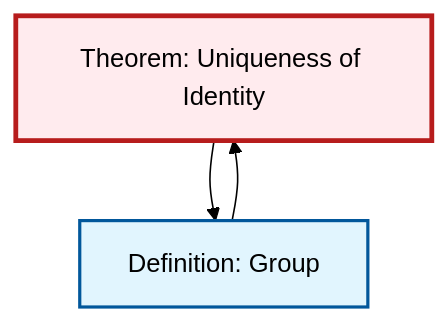
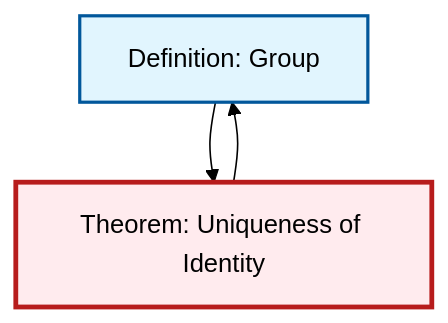
Before and after one commit to RK0429/ModernMath: the diagram in content/ja/algebra/thm-unique-identity.qmd, drawn with Mermaid (forest theme). The commit also changed other lines of this file and 554 other files, not shown here.

````diff
--- a/content/ja/algebra/thm-unique-identity.qmd
+++ b/content/ja/algebra/thm-unique-identity.qmd
@@ -55,15 +55,15 @@
 ```{mermaid}
 %%| fig-cap: "Local dependency graph"
 graph TD
     classDef definition fill:#e1f5fe,stroke:#01579b,stroke-width:2px
     classDef theorem fill:#f3e5f5,stroke:#4a148c,stroke-width:2px
     classDef axiom fill:#fff3e0,stroke:#e65100,stroke-width:2px
     classDef example fill:#e8f5e9,stroke:#1b5e20,stroke-width:2px
     classDef current fill:#ffebee,stroke:#b71c1c,stroke-width:3px
+    def-group["Definition: Group"]:::definition
     thm-unique-identity["Theorem: Uniqueness of Identity"]:::theorem
-    def-group["Definition: Group"]:::definition
+    thm-unique-identity --> def-group
     def-group --> thm-unique-identity
-    thm-unique-identity --> def-group
     class thm-unique-identity current
     click def-group "def-group.html" "Definition: Groupへ"
 ```
````
